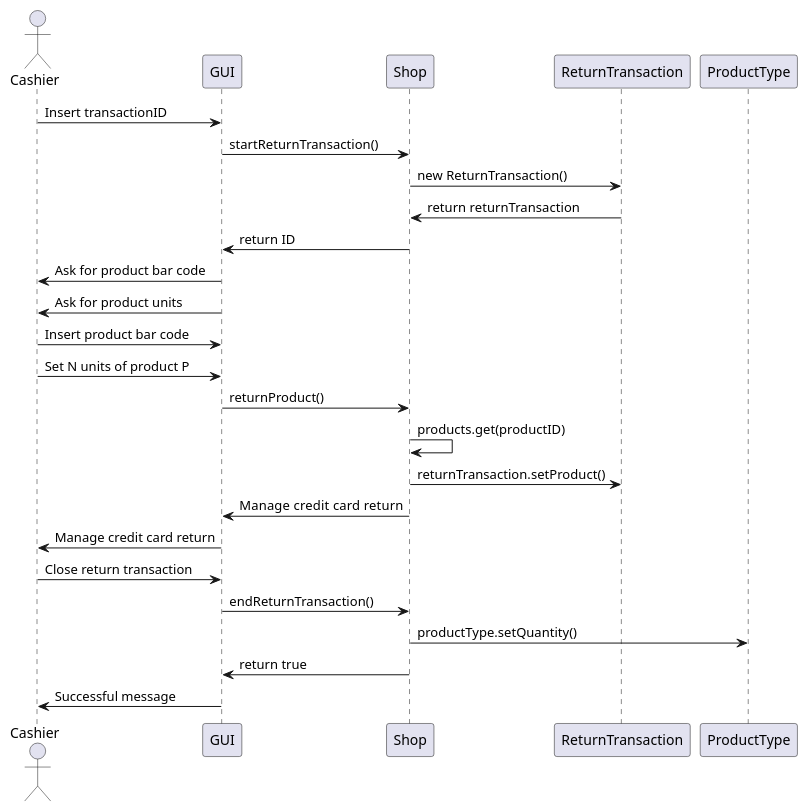
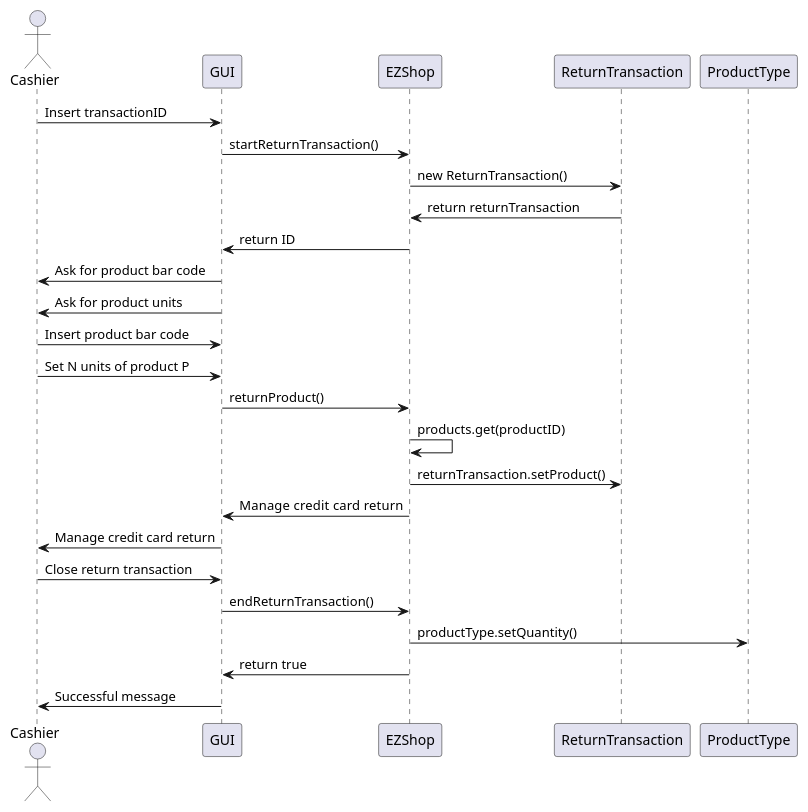
Before and after one commit to ThePiromaximus/ezshop: diagram 17 of 19 in Deliverables/DesignDocument.md, drawn with PlantUML. The commit also changed other lines of this file, not shown here.

````diff
--- a/Deliverables/DesignDocument.md
+++ b/Deliverables/DesignDocument.md
@@ -510,24 +526,24 @@
 ```plantuml
 @startuml
 actor Cashier
 Cashier -> GUI : Insert transactionID
-GUI -> Shop : startReturnTransaction()
-Shop -> ReturnTransaction : new ReturnTransaction()
-ReturnTransaction -> Shop : return returnTransaction
-Shop -> GUI : return ID
+GUI -> EZShop : startReturnTransaction()
+EZShop -> ReturnTransaction : new ReturnTransaction()
+ReturnTransaction -> EZShop : return returnTransaction
+EZShop -> GUI : return ID
 GUI -> Cashier : Ask for product bar code
 GUI -> Cashier : Ask for product units
 Cashier -> GUI : Insert product bar code
 Cashier -> GUI : Set N units of product P
-GUI -> Shop : returnProduct()
-Shop -> Shop : products.get(productID)
-Shop -> ReturnTransaction : returnTransaction.setProduct()
-Shop -> GUI : Manage  credit card return
+GUI -> EZShop : returnProduct()
+EZShop -> EZShop : products.get(productID)
+EZShop -> ReturnTransaction : returnTransaction.setProduct()
+EZShop -> GUI : Manage  credit card return
 GUI -> Cashier : Manage credit card return
 Cashier -> GUI : Close return transaction
-GUI -> Shop : endReturnTransaction()
-Shop -> ProductType : productType.setQuantity()
-Shop -> GUI : return true
+GUI -> EZShop : endReturnTransaction()
+EZShop -> ProductType : productType.setQuantity()
+EZShop -> GUI : return true
 GUI -> Cashier : Successful message
 @enduml
 ```
````
